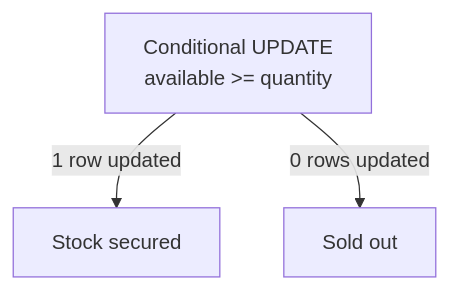
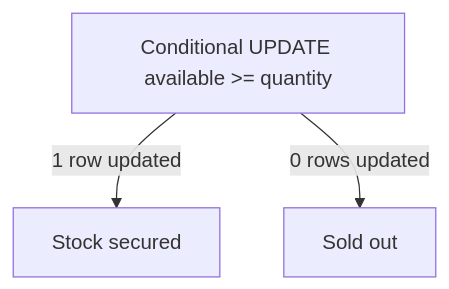
The second of 6 diagrams in content/12-case-studies/12.02-e-commerce-platform.md (gitussr/systemly), drawn with Mermaid before and after one commit. The commit also changed other lines of this file and 5 other files, not shown here.

First line of the commit message:
Level 12: drop manual line breaks in long diagram labels

````diff
--- a/content/12-case-studies/12.02-e-commerce-platform.md
+++ b/content/12-case-studies/12.02-e-commerce-platform.md
@@ -270,7 +270,7 @@
 ```mermaid
 flowchart TD
   accTitle: Atomic stock decrement
   accDescr: The checkout runs a conditional update that decrements stock only if enough is available; one updated row means the unit is secured, zero rows means sold out.
-  C["Conditional UPDATE<br/>available >= quantity"] -->|"1 row updated"| S["Stock secured"]
+  C["Conditional UPDATE available >= quantity"] -->|"1 row updated"| S["Stock secured"]
   C -->|"0 rows updated"| X["Sold out"]
 ```
````
